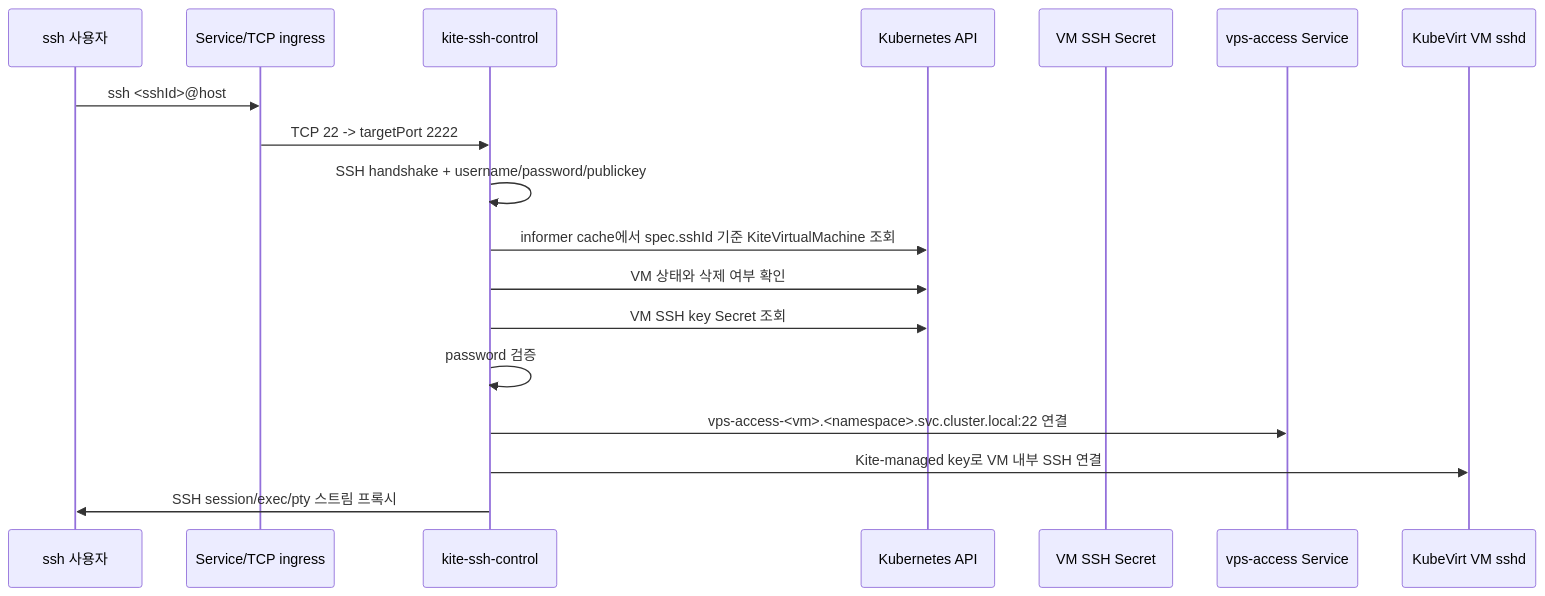
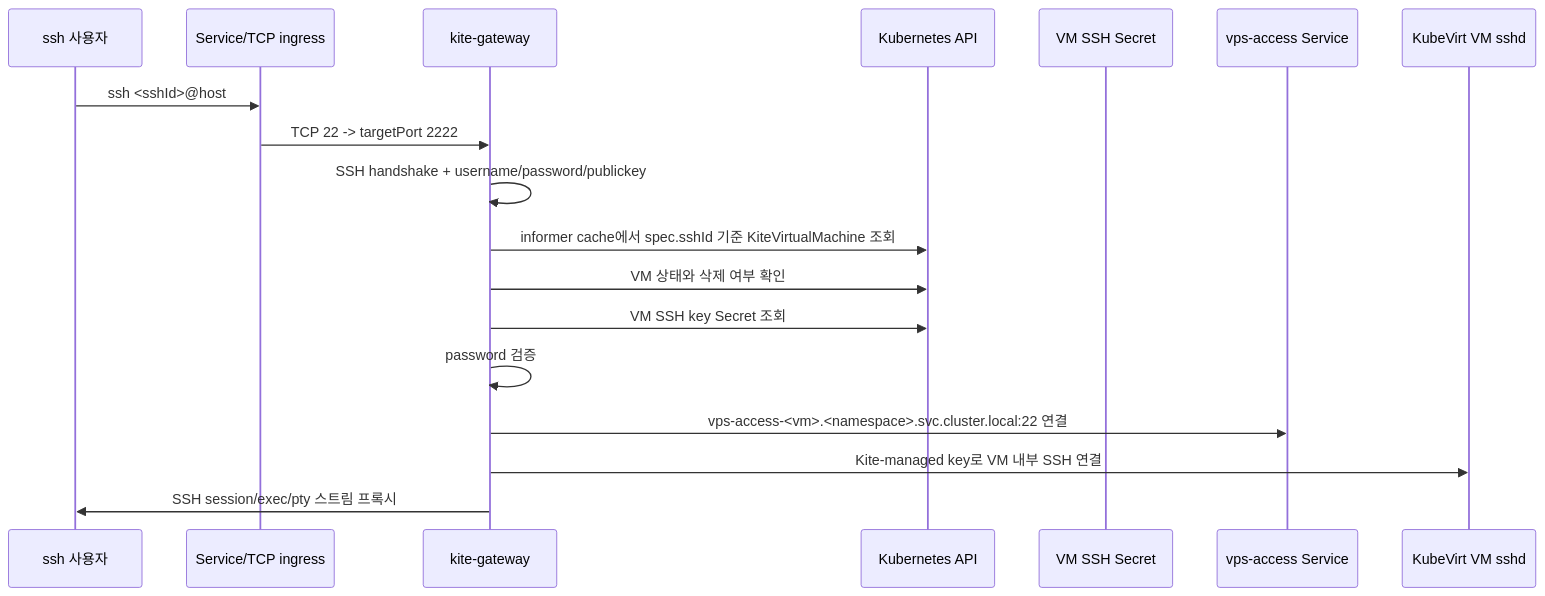
The diagram in TODO.md (Hy3ons/KiteVirtualMachines), drawn with Mermaid before and after one commit. The commit also changed other lines of this file and 45 other files, not shown here.

````diff
--- a/TODO.md
+++ b/TODO.md
@@ -195,21 +186,21 @@
 ```mermaid
 sequenceDiagram
     participant Client as ssh 사용자
     participant SVC0 as Service/TCP ingress
-    participant Gateway as kite-ssh-control
+    participant Gateway as kite-gateway
     participant API as Kubernetes API
     participant Secret as VM SSH Secret
     participant SVC as vps-access Service
     participant VM as KubeVirt VM sshd
 
     Client->>SVC0: ssh <sshId>@host
     SVC0->>Gateway: TCP 22 -> targetPort 2222
     Gateway->>Gateway: SSH handshake + username/password/publickey
     Gateway->>API: informer cache에서 spec.sshId 기준 KiteVirtualMachine 조회
     Gateway->>API: VM 상태와 삭제 여부 확인
     Gateway->>API: VM SSH key Secret 조회
     Gateway->>Gateway: password 검증
     Gateway->>SVC: vps-access-<vm>.<namespace>.svc.cluster.local:22 연결
     Gateway->>VM: Kite-managed key로 VM 내부 SSH 연결
     Gateway->>Client: SSH session/exec/pty 스트림 프록시
 ```
````
